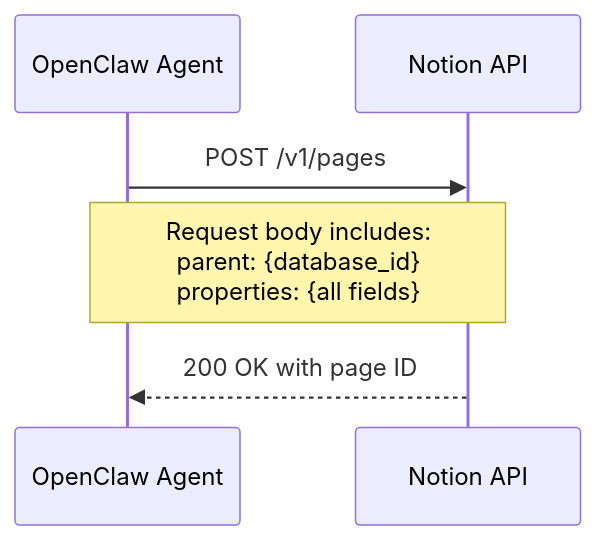
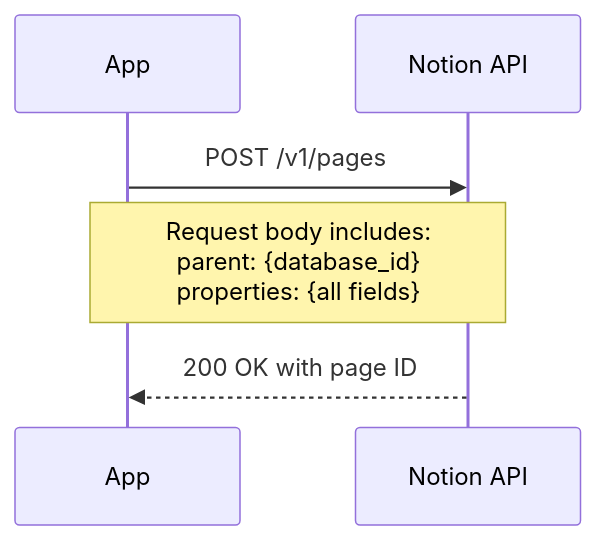
One commit to NickBorgersProbably/hide-my-list changed diagram 13 of 18 in docs/notion-schema.md. Above: the diagram before and after it, drawn with Mermaid. The commit also changed other lines of this file and 34 other files, not shown here.

First line of the commit message:
phase-d/D1-delete: remove OpenClaw runtime files

````diff
--- a/docs/notion-schema.md
+++ b/docs/notion-schema.md
@@ -712,9 +712,9 @@
 ```mermaid
 sequenceDiagram
-    participant Agent as OpenClaw Agent
+    participant Agent as App
     participant Notion as Notion API
 
     Agent->>Notion: POST /v1/pages
     Note over Agent,Notion: Request body includes:<br/>parent: {database_id}<br/>properties: {all fields}
     Notion-->>Agent: 200 OK with page ID
 ```
````
